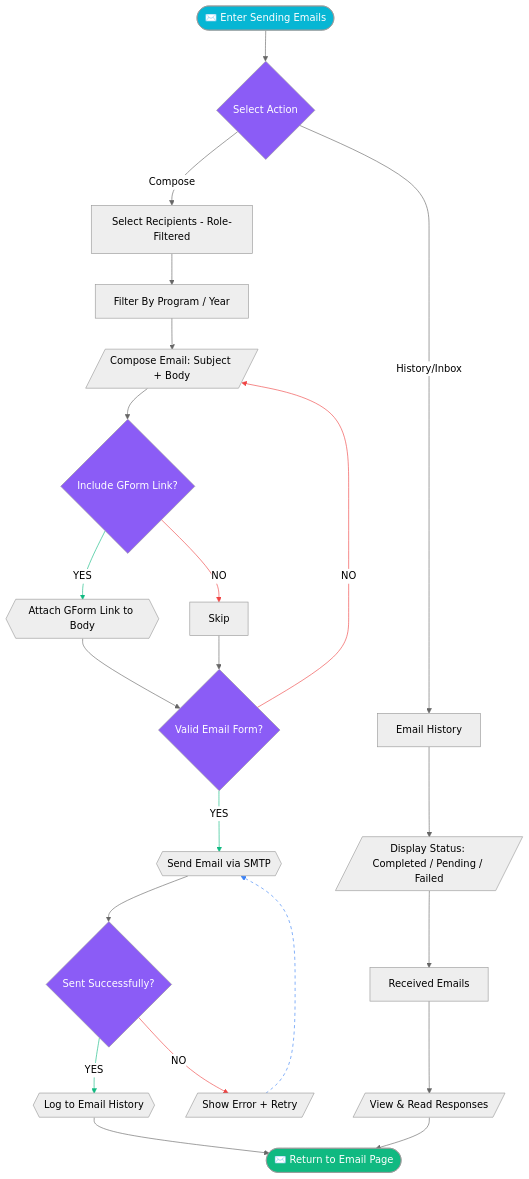
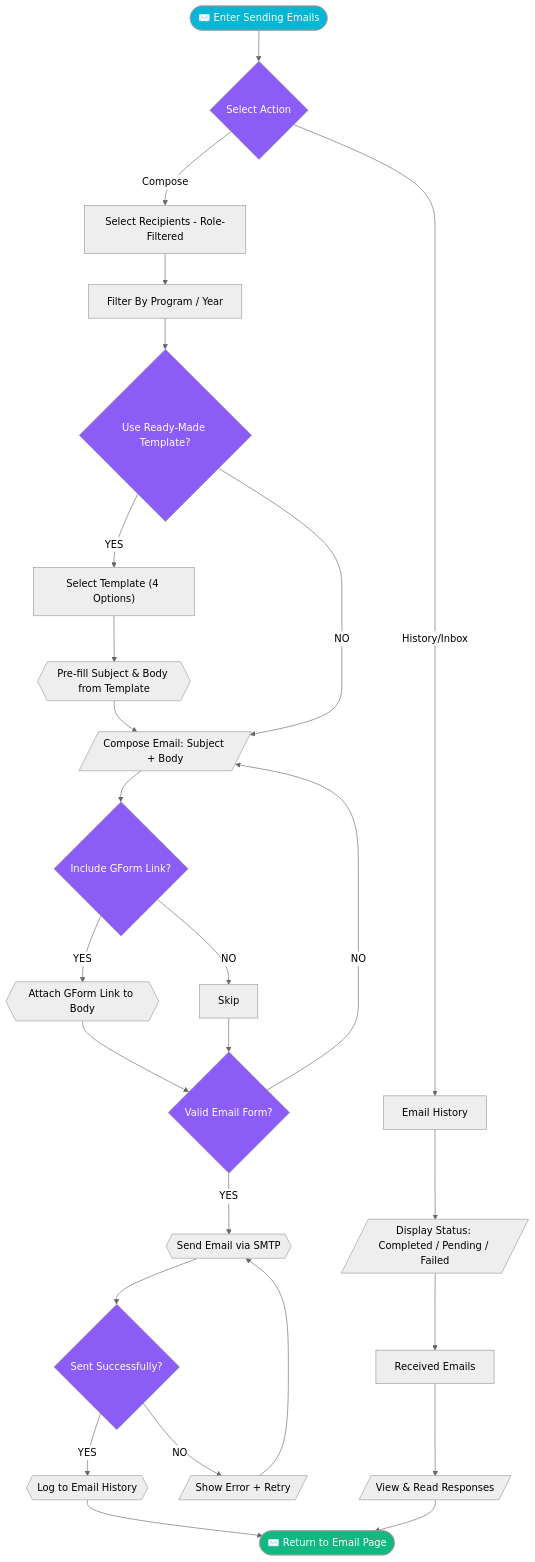
Before and after one commit to rakuya-khun/alumni-db: the ninth of 12 diagrams in docs/technical/alumni-db-flowcharts.md, drawn with Mermaid (neutral theme). The commit also changed other lines of this file and 94 other files, not shown here.

````diff
--- a/docs/technical/alumni-db-flowcharts.md
+++ b/docs/technical/alumni-db-flowcharts.md
@@ -451,39 +497,37 @@
 ```mermaid
 flowchart TD
     A([✉️ Enter Sending Emails]) --> B{Select Action}
 
     B -- Compose --> C["Select Recipients - Role-Filtered"]
     C --> D["Filter By Program / Year"]
-    D --> E[/"Compose Email: Subject + Body"/]
+    D --> E2{Use Ready-Made Template?}
+    E2 -- YES --> E3["Select Template (4 Options)"]
+    E3 --> E4{{"Pre-fill Subject & Body from Template"}}
+    E4 --> E[/"Compose Email: Subject + Body"/]
+    E2 -- NO --> E
     E --> F{Include GForm Link?}
     F -- YES --> G{{"Attach GForm Link to Body"}}
     F -- NO --> H[Skip]
     G & H --> I{Valid Email Form?}
     I -- NO --> E
     I -- YES --> J{{"Send Email via SMTP"}}
     J --> K{Sent Successfully?}
     K -- YES --> L{{"Log to Email History"}}
     K -- NO --> M[/"Show Error + Retry"/]
     M --> J
 
     B -- History/Inbox --> N[Email History]
     N --> O[/"Display Status: Completed / Pending / Failed"/]
     O --> P[Received Emails]
     P --> Q[/"View & Read Responses"/]
 
     L & Q --> R([✉️ Return to Email Page])
 
     style A fill:#06b6d4,color:#fff
     style R fill:#10b981,color:#fff
     style B fill:#8b5cf6,color:#fff
+    style E2 fill:#8b5cf6,color:#fff
     style F fill:#8b5cf6,color:#fff
     style I fill:#8b5cf6,color:#fff
     style K fill:#8b5cf6,color:#fff
-    linkStyle 5 stroke:#10b981
-    linkStyle 6 stroke:#ef4444
-    linkStyle 9 stroke:#ef4444
-    linkStyle 10 stroke:#10b981
-    linkStyle 12 stroke:#10b981
-    linkStyle 13 stroke:#ef4444
-    linkStyle 14 stroke:#3b82f6,stroke-dasharray:5
 ```
````
